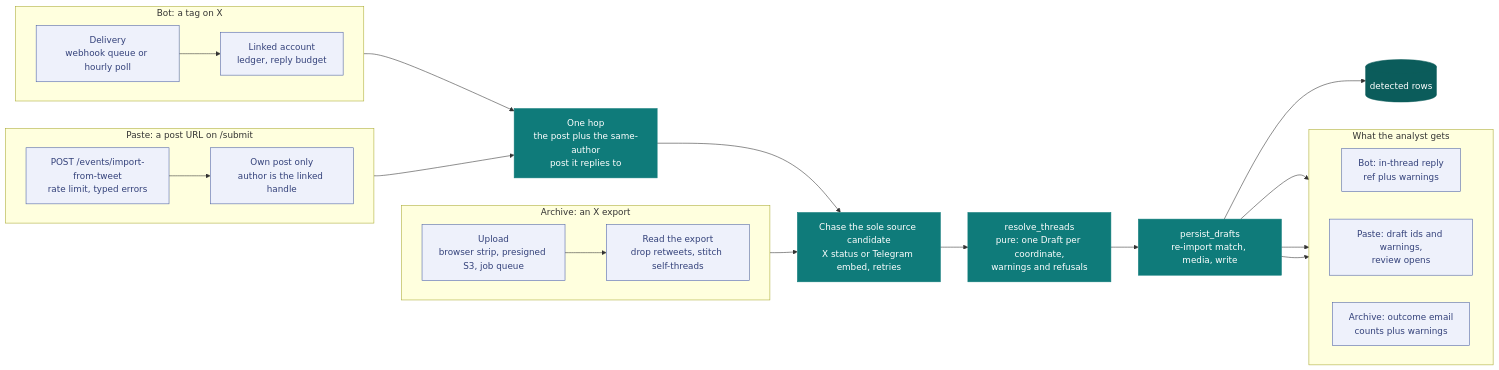
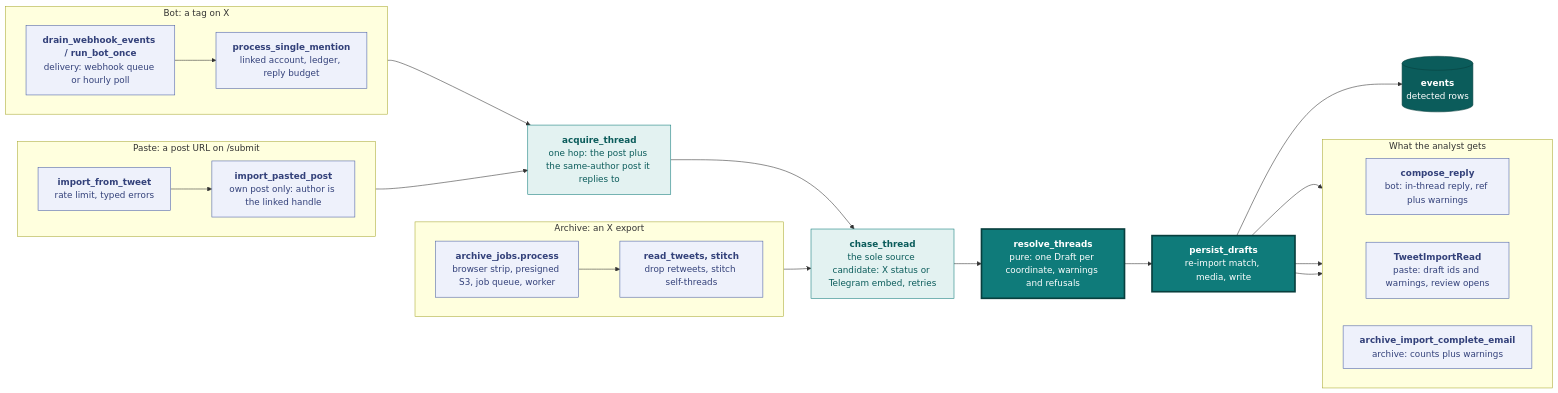
The diagram in docs/ingestion.md (vidithq/vidit), drawn with Mermaid before and after one commit. The commit also changed other lines of this file, not shown here.

Commit message:
docs(ingestion): the overview names each function and marks the engine

````diff
--- a/docs/ingestion.md
+++ b/docs/ingestion.md
@@ -5,40 +5,55 @@
 ```mermaid
 flowchart LR
   classDef spec fill:#eef1fb,stroke:#4a5fa5,color:#33417a
-  classDef shared fill:#0f7b7a,stroke:#0f7b7a,color:#ffffff
-  classDef store fill:#0b5c5b,stroke:#0b5c5b,color:#ffffff
+  classDef shared fill:#e3f2f1,stroke:#0f7b7a,color:#0b5c5b
+  classDef core fill:#0f7b7a,stroke:#083f3e,stroke-width:3px,color:#ffffff
+  classDef store fill:#0b5c5b,stroke:#083f3e,color:#ffffff
 
   subgraph paste [Paste: a post URL on /submit]
     direction LR
-    p1["POST /events/import-from-tweet<br/>rate limit, typed errors"]:::spec --> p2["Own post only<br/>author is the linked handle"]:::spec
+    p1["`**import_from_tweet**
+    rate limit, typed errors`"]:::spec --> p2["`**import_pasted_post**
+    own post only: author is the linked handle`"]:::spec
   end
   subgraph bot [Bot: a tag on X]
     direction LR
-    b1["Delivery<br/>webhook queue or hourly poll"]:::spec --> b2["Linked account<br/>ledger, reply budget"]:::spec
+    b1["`**drain_webhook_events / run_bot_once**
+    delivery: webhook queue or hourly poll`"]:::spec --> b2["`**process_single_mention**
+    linked account, ledger, reply budget`"]:::spec
   end
   subgraph archive [Archive: an X export]
     direction LR
-    a1["Upload<br/>browser strip, presigned S3, job queue"]:::spec --> a2["Read the export<br/>drop retweets, stitch self-threads"]:::spec
+    a1["`**archive_jobs.process**
+    browser strip, presigned S3, job queue, worker`"]:::spec --> a2["`**read_tweets, stitch**
+    drop retweets, stitch self-threads`"]:::spec
   end
 
-  hop["One hop<br/>the post plus the same-author<br/>post it replies to"]:::shared
-  chase["Chase the sole source candidate<br/>X status or Telegram embed, retries"]:::shared
-  resolve["resolve_threads<br/>pure: one Draft per coordinate,<br/>warnings and refusals"]:::shared
-  persist["persist_drafts<br/>re-import match, media, write"]:::shared
-  rows[("detected rows")]:::store
+  hop["`**acquire_thread**
+  one hop: the post plus the same-author post it replies to`"]:::shared
+  chase["`**chase_thread**
+  the sole source candidate: X status or Telegram embed, retries`"]:::shared
+  resolve["`**resolve_threads**
+  pure: one Draft per coordinate, warnings and refusals`"]:::core
+  persist["`**persist_drafts**
+  re-import match, media, write`"]:::core
+  rows[("`**events**
+  detected rows`")]:::store
 
   subgraph feedback [What the analyst gets]
     direction LR
-    f1["Bot: in-thread reply<br/>ref plus warnings"]:::spec
-    f2["Paste: draft ids and warnings,<br/>review opens"]:::spec
-    f3["Archive: outcome email<br/>counts plus warnings"]:::spec
+    f1["`**compose_reply**
+    bot: in-thread reply, ref plus warnings`"]:::spec
+    f2["`**TweetImportRead**
+    paste: draft ids and warnings, review opens`"]:::spec
+    f3["`**archive_import_complete_email**
+    archive: counts plus warnings`"]:::spec
   end
 
   p2 --> hop
   b2 --> hop
   a2 --> chase
   hop --> chase --> resolve --> persist --> rows
   persist --> f1
   persist --> f2
   persist --> f3
 ```
````
